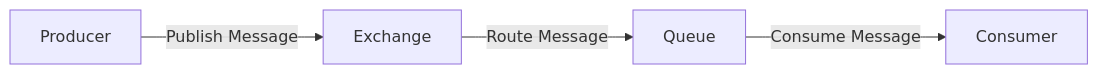
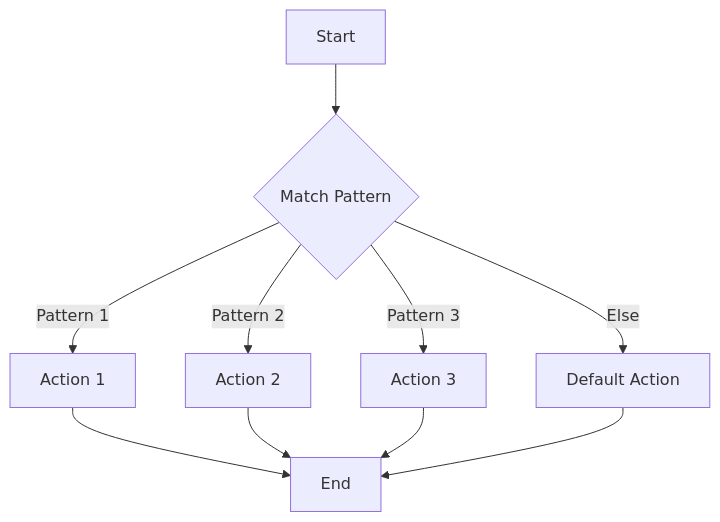
One commit to MasteryEducation/SoftwarePatternsLexicon.com changed the diagram in content/patterns-clojure/10/4/index.md. Above: the diagram before and after it, drawn with Mermaid. The commit also changed other lines of this file and 462 other files, not shown here.

````diff
--- a/content/patterns-clojure/10/4/index.md
+++ b/content/patterns-clojure/10/4/index.md
@@ -101,6 +151,12 @@
 ```mermaid
-graph LR
-    A[Producer] -->|Publish Message| B[Exchange]
-    B -->|Route Message| C[Queue]
-    C -->|Consume Message| D[Consumer]
+flowchart TD
+    A[Start] --> B{Match Pattern}
+    B -->|Pattern 1| C[Action 1]
+    B -->|Pattern 2| D[Action 2]
+    B -->|Pattern 3| E[Action 3]
+    B -->|Else| F[Default Action]
+    C --> G[End]
+    D --> G
+    E --> G
+    F --> G
 ```
````
